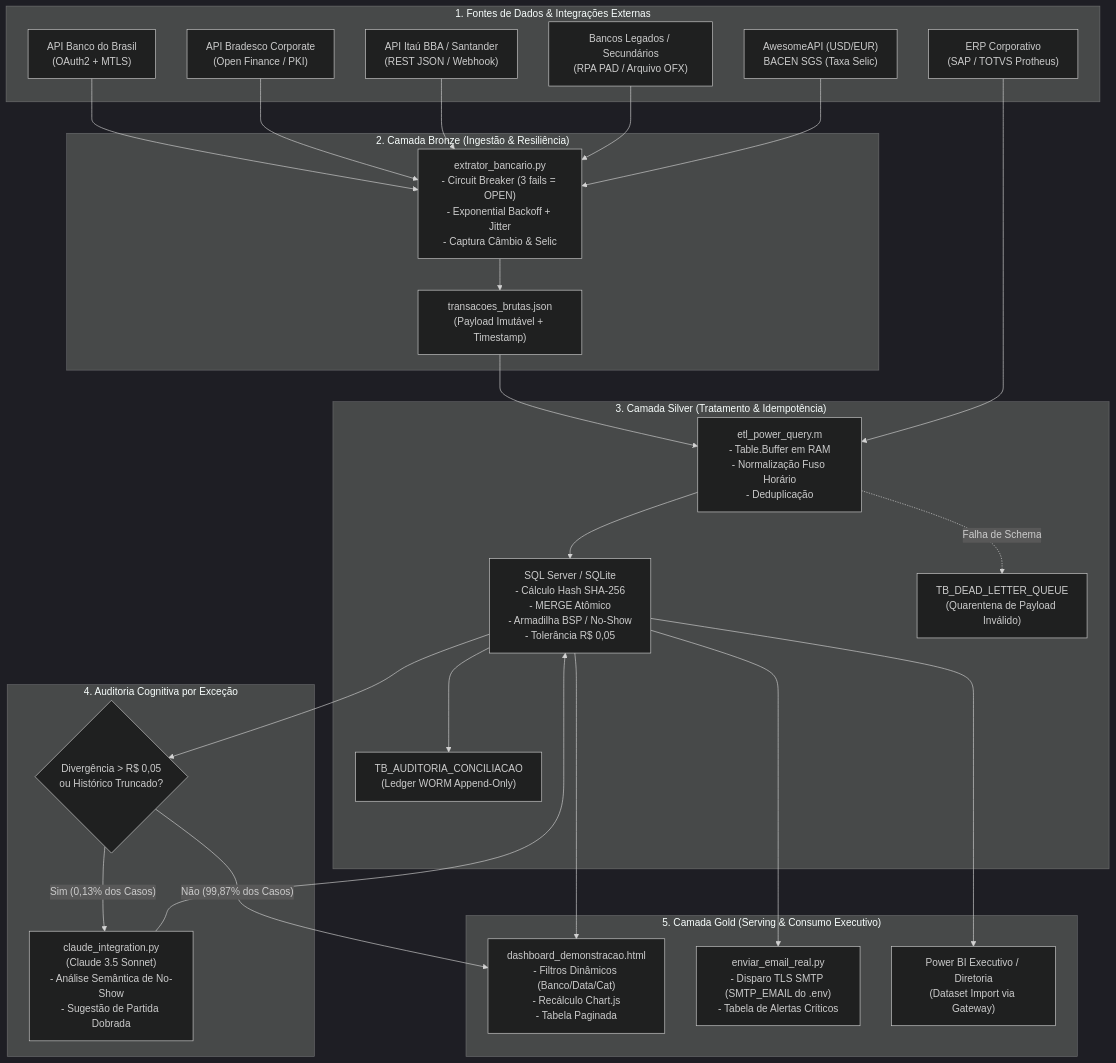
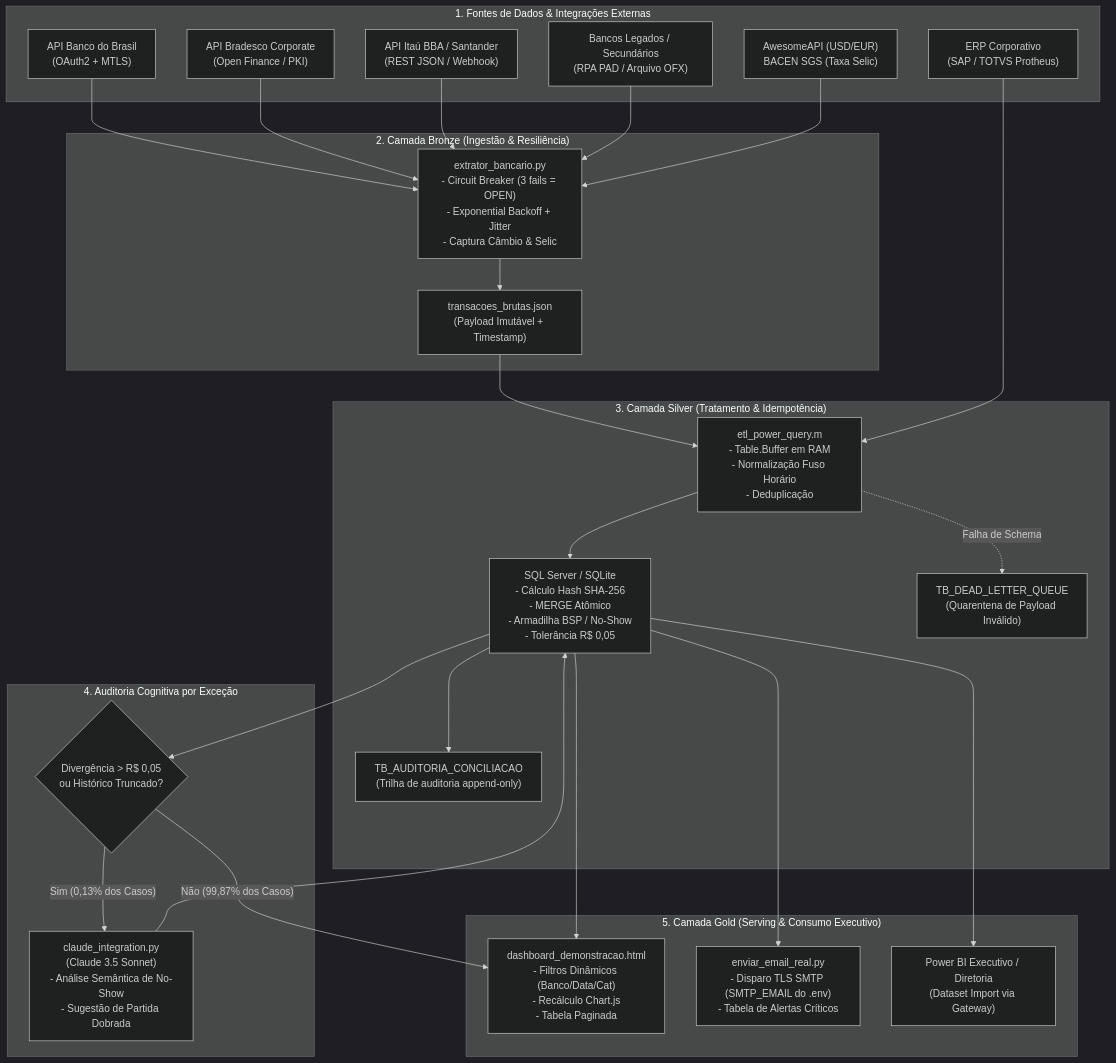
Before and after one commit to diaquinodev/conciliacao-bancaria-automacao: the diagram in docs/10_DOCUMENTACAO_ENGENHARIA_DADOS.md, drawn with Mermaid (dark theme). The commit also changed other lines of this file and 7 other files, not shown here.

````diff
--- a/docs/10_DOCUMENTACAO_ENGENHARIA_DADOS.md
+++ b/docs/10_DOCUMENTACAO_ENGENHARIA_DADOS.md
@@ -365,50 +365,50 @@
 ```mermaid
 flowchart TD
     subgraph SOURCELAYER["1. Fontes de Dados & Integrações Externas"]
         B1["API Banco do Brasil\n(OAuth2 + MTLS)"]
         B2["API Bradesco Corporate\n(Open Finance / PKI)"]
         B3["API Itaú BBA / Santander\n(REST JSON / Webhook)"]
         B4["Bancos Legados / Secundários\n(RPA PAD / Arquivo OFX)"]
         ERP["ERP Corporativo\n(SAP / TOTVS Protheus)"]
         API_CAMBIO["AwesomeAPI (USD/EUR)\nBACEN SGS (Taxa Selic)"]
     end
 
     subgraph BRONZELAYER["2. Camada Bronze (Ingestão & Resiliência)"]
         PY_EXTRACT["extrator_bancario.py\n- Circuit Breaker (3 fails = OPEN)\n- Exponential Backoff + Jitter\n- Captura Câmbio & Selic"]
         RAW_JSON["transacoes_brutas.json\n(Payload Imutável + Timestamp)"]
     end
 
     subgraph SILVERLAYER["3. Camada Silver (Tratamento & Idempotência)"]
         M_ENGINE["etl_power_query.m\n- Table.Buffer em RAM\n- Normalização Fuso Horário\n- Deduplicação"]
         SQL_MERGE["SQL Server / SQLite\n- Cálculo Hash SHA-256\n- MERGE Atômico\n- Armadilha BSP / No-Show\n- Tolerância R$ 0,05"]
         DLQ["TB_DEAD_LETTER_QUEUE\n(Quarentena de Payload Inválido)"]
-        AUDIT_LEDGER["TB_AUDITORIA_CONCILIACAO\n(Ledger WORM Append-Only)"]
+        AUDIT_LEDGER["TB_AUDITORIA_CONCILIACAO\n(Trilha de auditoria append-only)"]
     end
 
     subgraph COGNITIVELAYER["4. Auditoria Cognitiva por Exceção"]
         AI_FILTER{"Divergência > R$ 0,05\nou Histórico Truncado?"}
         CLAUDE_ENGINE["claude_integration.py\n(Claude 3.5 Sonnet)\n- Análise Semântica de No-Show\n- Sugestão de Partida Dobrada"]
     end
 
     subgraph GOLDLAYER["5. Camada Gold (Serving & Consumo Executivo)"]
         DASH_HTML["dashboard_demonstracao.html\n- Filtros Dinâmicos (Banco/Data/Cat)\n- Recálculo Chart.js\n- Tabela Paginada"]
         NOTIF_FLOW["enviar_email_real.py\n- Disparo TLS SMTP (SMTP_EMAIL do .env)\n- Tabela de Alertas Críticos"]
         POWER_BI["Power BI Executivo / Diretoria\n(Dataset Import via Gateway)"]
     end
 
     B1 & B2 & B3 & B4 --> PY_EXTRACT
     API_CAMBIO --> PY_EXTRACT
     PY_EXTRACT --> RAW_JSON
     RAW_JSON --> M_ENGINE
     ERP --> M_ENGINE
     M_ENGINE --> SQL_MERGE
     M_ENGINE -.->|Falha de Schema| DLQ
     SQL_MERGE --> AUDIT_LEDGER
     SQL_MERGE --> AI_FILTER
     AI_FILTER -- "Sim (0,13% dos Casos)" --> CLAUDE_ENGINE
     AI_FILTER -- "Não (99,87% dos Casos)" --> DASH_HTML
     CLAUDE_ENGINE --> SQL_MERGE
     SQL_MERGE --> DASH_HTML
     SQL_MERGE --> NOTIF_FLOW
     SQL_MERGE --> POWER_BI
 ```
````
